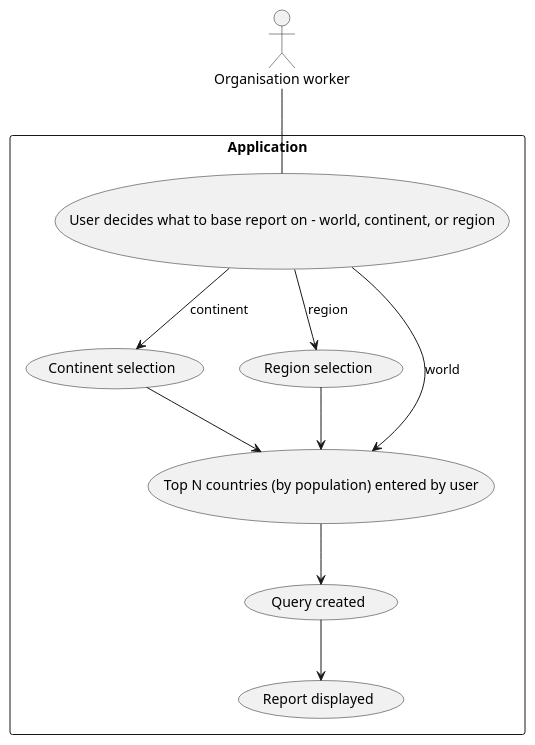
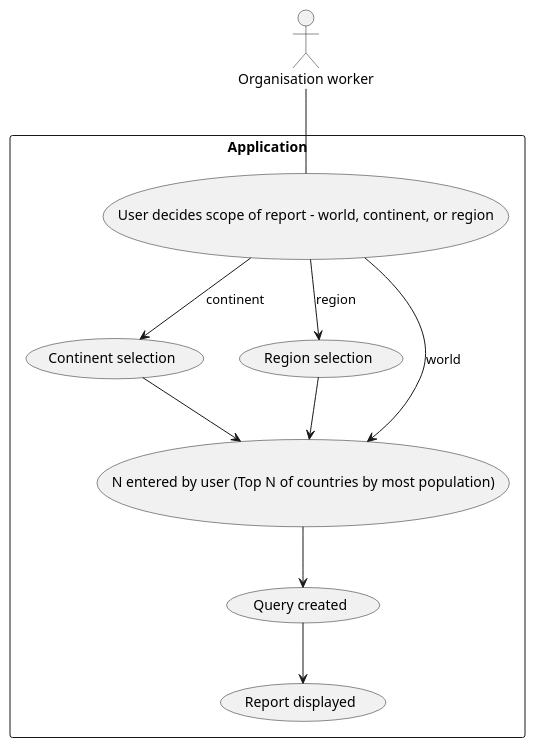
One commit to ASmokeyPie/devops-G04 changed the diagram in Use-Cases/Country.puml. Above: the diagram before and after it, drawn with PlantUML. The commit also changed 1 other file, not shown here.

```diff
--- a/Use-Cases/Country.puml
+++ b/Use-Cases/Country.puml
@@ -1,25 +1,25 @@
 @startuml
 'https://plantuml.com/use-case-diagram
 
 actor user as "Organisation worker"
 
 rectangle "Application" {
-    usecase scope as "User decides what to base report on - world, continent, or region"
+    usecase scope as "User decides scope of report - world, continent, or region"
     usecase continent as "Continent selection"
     usecase region as "Region selection"
-    usecase getN as "Top N countries (by population) entered by user"
+    usecase getN as "N entered by user (Top N of countries by most population)"
     usecase query as "Query created"
     usecase report as "Report displayed"
 }
 
 user -- scope
 scope --> getN : world
 scope --> continent : continent
 continent --> getN
 scope --> region : region
 region --> getN
 getN --> query
 query --> report
 
 
 @enduml
```
